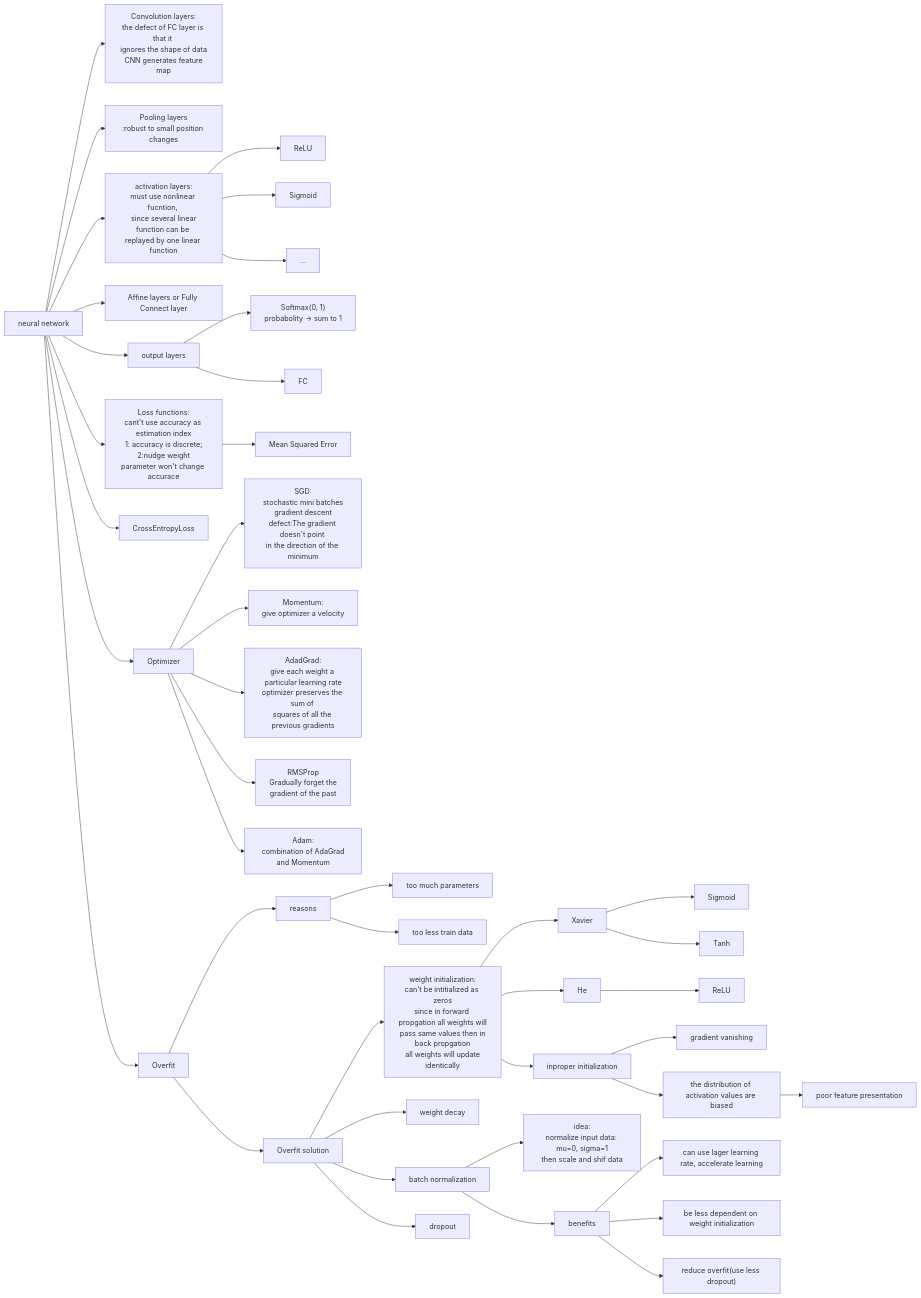
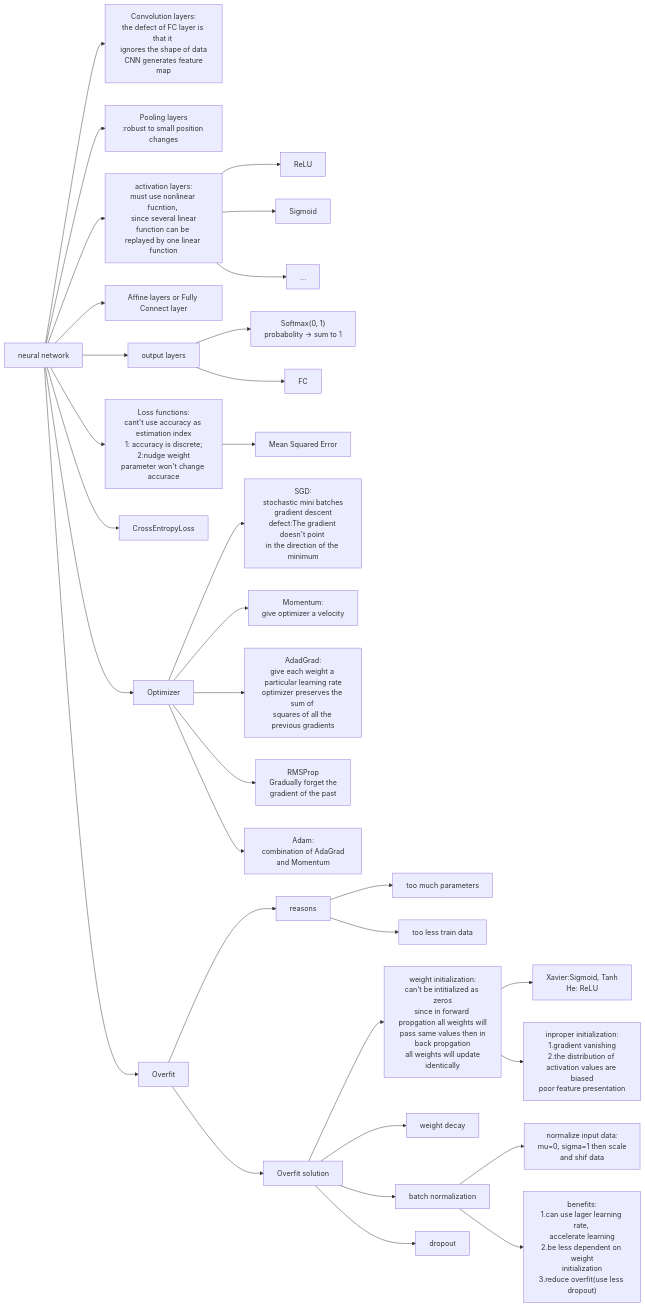
One commit to Chenkehan21/My-deep-learning-from-scratch changed the diagram in README.md. Above: the diagram before and after it, drawn with Mermaid.

````diff
--- a/README.md
+++ b/README.md
@@ -104,44 +104,23 @@
 
     J1-->J2[too much parameters];
 
-    J1-->J3[too less train data]
-
+    J1-->J3[too less train data];
     
     J-->I[Overfit solution];
     
     I-->I1["weight initialization:<br/>can't be intitialized as zeros<br/>since in forward propgation all weights will<br/> pass same values then in back propgation<br/> all weights will update identically"];
     
-    I1-->I5[Xavier];
+    I1-->I5["Xavier:Sigmoid, Tanh<br/>He: ReLU"];
 
-    I1-->I6[He];
-
-    I5-->I7[Sigmoid];
-
-    I5-->I8[Tanh];
-
-    I6-->I9[ReLU];
-
-    I1-->I10[inproper initialization];
-
-    I10-->I11[gradient vanishing];
-
-    I10-->I12[the distribution of <br/>activation values are biased];
-    
-    I12-->I13[poor feature presentation];
+    I1-->I10["inproper initialization:<br/>1.gradient vanishing<br/>2.the distribution of <br/>activation values are biased<br/>poor feature presentation"];
 
     I-->I2[weight decay];
     
     I-->I3[batch normalization];
 
-    I3-->I31["idea:<br/>normalize input data: mu=0, sigma=1"<br/>then scale and shif data];
+    I3-->I31["normalize input data:<br/> mu=0, sigma=1" then scale<br/> and shif data];
 
-    I3-->I32["benefits"];
-
-    I32-->I33[can use lager learning rate, accelerate learning];
-
-    I32-->I34[be less dependent on weight initialization];
-
-    I32-->I35["reduce overfit(use less dropout)"];
+    I3-->I32["benefits:<br/>1.can use lager learning rate, <br/>accelerate learning<br/>2.be less dependent on weight<br/>initialization<br/>3.reduce overfit(use less dropout)"];
     
     I-->I4[dropout];
 ```
````
